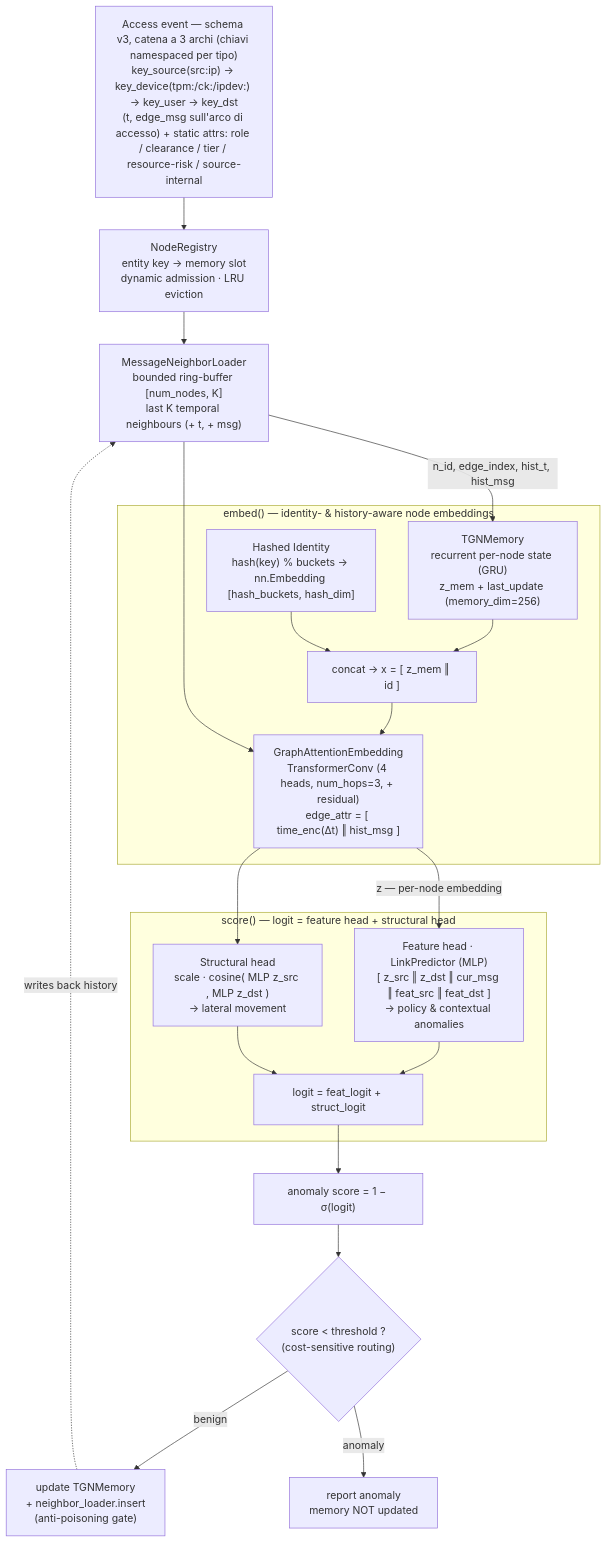
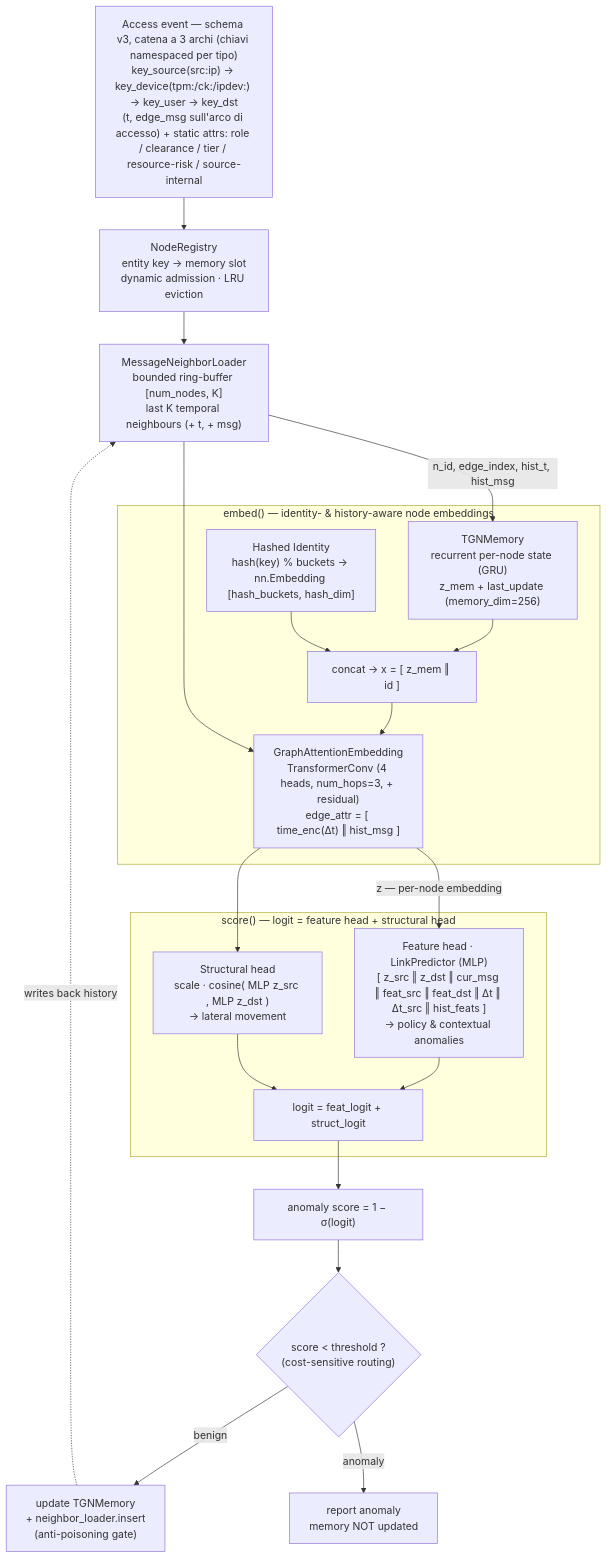
The diagram in README.md (DDoS-Fury/Papergate), drawn with Mermaid before and after one commit. The commit also changed other lines of this file and 14 other files, not shown here.

````diff
--- a/README.md
+++ b/README.md
@@ -55,35 +55,35 @@
 ```mermaid
 flowchart TD
     EV["Access event — schema v3, catena a 3 archi (chiavi namespaced per tipo)<br/>key_source(src:ip) → key_device(tpm:/ck:/ipdev:) → key_user → key_dst<br/>(t, edge_msg sull'arco di accesso) + static attrs: role / clearance / tier / resource-risk / source-internal"]
     REG["NodeRegistry<br/>entity key → memory slot<br/>dynamic admission · LRU eviction"]
     NL["MessageNeighborLoader<br/>bounded ring-buffer [num_nodes, K]<br/>last K temporal neighbours (+ t, + msg)"]
     EV --> REG --> NL
 
     subgraph EMB["embed() — identity- & history-aware node embeddings"]
         MEM["TGNMemory<br/>recurrent per-node state (GRU)<br/>z_mem + last_update (memory_dim=256)"]
         ID["Hashed Identity<br/>hash(key) % buckets → nn.Embedding [hash_buckets, hash_dim]"]
         CAT["concat → x = [ z_mem ‖ id ]"]
         GNN["GraphAttentionEmbedding<br/>TransformerConv (4 heads, num_hops=3, + residual)<br/>edge_attr = [ time_enc(Δt) ‖ hist_msg ]"]
         MEM --> CAT
         ID --> CAT
         CAT --> GNN
     end
     NL -->|"n_id, edge_index, hist_t, hist_msg"| MEM
     NL --> GNN
 
     subgraph SCOREG["score() — logit = feature head + structural head"]
-        FEAT["Feature head · LinkPredictor (MLP)<br/>[ z_src ‖ z_dst ‖ cur_msg ‖ feat_src ‖ feat_dst ]<br/>→ policy & contextual anomalies"]
+        FEAT["Feature head · LinkPredictor (MLP)<br/>[ z_src ‖ z_dst ‖ cur_msg ‖ feat_src ‖ feat_dst ‖ Δt ‖ Δt_src ‖ hist_feats ]<br/>→ policy & contextual anomalies"]
         STR["Structural head<br/>scale · cosine( MLP z_src , MLP z_dst )<br/>→ lateral movement"]
         SUM["logit = feat_logit + struct_logit"]
         FEAT --> SUM
         STR --> SUM
     end
 
     GNN -->|"z — per-node embedding"| FEAT
     GNN --> STR
     SUM --> SCO["anomaly score = 1 − σ(logit)"]
     SCO --> GATE{"score &lt; threshold ?<br/>(cost-sensitive routing)"}
     GATE -->|benign| UPD["update TGNMemory<br/>+ neighbor_loader.insert<br/>(anti-poisoning gate)"]
     GATE -->|anomaly| REP["report anomaly<br/>memory NOT updated"]
     UPD -.->|writes back history| NL
 ```
````
